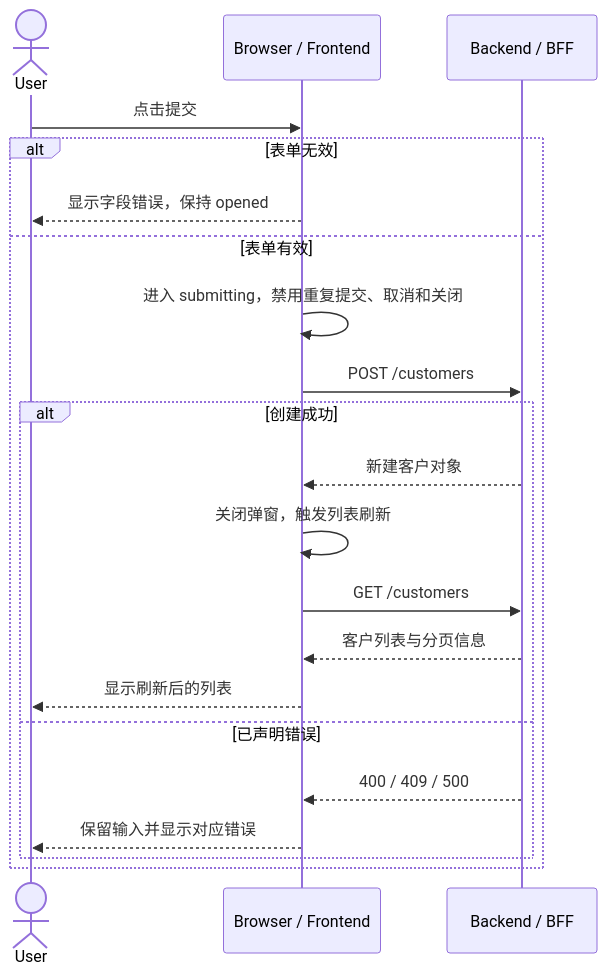
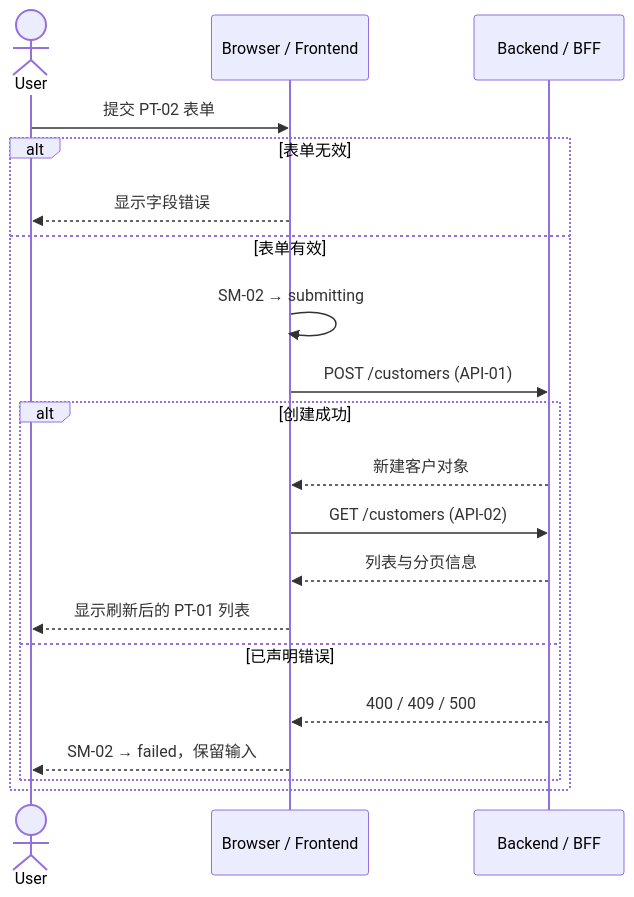
Before and after one commit to GHjiejie/Frontend-Engineering-Agent-Plugin: the diagram in frontend-interaction-design-plugin/skills/sequence-diagram-generator/examples/customer-management.md, drawn with Mermaid. The commit also changed other lines of this file and 35 other files, not shown here.

````diff
--- a/frontend-interaction-design-plugin/skills/sequence-diagram-generator/examples/customer-management.md
+++ b/frontend-interaction-design-plugin/skills/sequence-diagram-generator/examples/customer-management.md
@@ -28,24 +18,23 @@
 ```mermaid
 sequenceDiagram
     actor User
     participant Frontend as Browser / Frontend
     participant API as Backend / BFF
 
-    User->>Frontend: 点击提交
+    User->>Frontend: 提交 PT-02 表单
     alt 表单无效
-        Frontend-->>User: 显示字段错误，保持 opened
+        Frontend-->>User: 显示字段错误
     else 表单有效
-        Frontend->>Frontend: 进入 submitting，禁用重复提交、取消和关闭
-        Frontend->>API: POST /customers
+        Frontend->>Frontend: SM-02 → submitting
+        Frontend->>API: POST /customers (API-01)
         alt 创建成功
             API-->>Frontend: 新建客户对象
-            Frontend->>Frontend: 关闭弹窗，触发列表刷新
-            Frontend->>API: GET /customers
-            API-->>Frontend: 客户列表与分页信息
-            Frontend-->>User: 显示刷新后的列表
+            Frontend->>API: GET /customers (API-02)
+            API-->>Frontend: 列表与分页信息
+            Frontend-->>User: 显示刷新后的 PT-01 列表
         else 已声明错误
             API-->>Frontend: 400 / 409 / 500
-            Frontend-->>User: 保留输入并显示对应错误
+            Frontend-->>User: SM-02 → failed，保留输入
         end
     end
 ```
````
